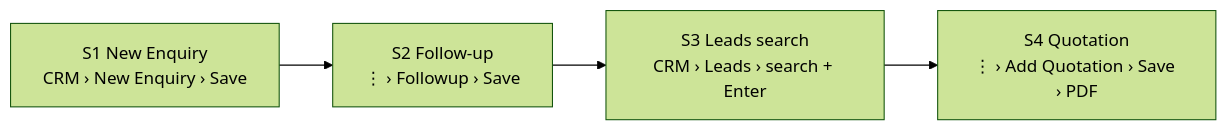
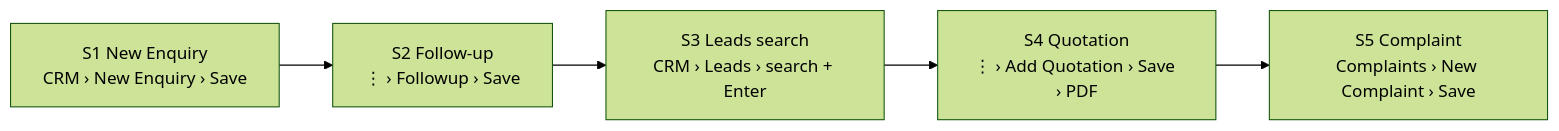
Before and after one commit to vismayatk/Progbiz-erp-testers: the second of 2 diagrams in mobile/docs/TEST-FLOW.md, drawn with Mermaid (forest theme). The commit also changed other lines of this file and 6 other files, not shown here.

First line of the commit message:
Add complaint creation flow (S5) to the mobile emulator tests

````diff
--- a/mobile/docs/TEST-FLOW.md
+++ b/mobile/docs/TEST-FLOW.md
@@ -37,4 +37,4 @@
 ```mermaid
 flowchart LR
-    S1["S1 New Enquiry<br/>CRM › New Enquiry › Save"] --> S2["S2 Follow-up<br/>⋮ › Followup › Save"] --> S3["S3 Leads search<br/>CRM › Leads › search + Enter"] --> S4["S4 Quotation<br/>⋮ › Add Quotation › Save › PDF"]
+    S1["S1 New Enquiry<br/>CRM › New Enquiry › Save"] --> S2["S2 Follow-up<br/>⋮ › Followup › Save"] --> S3["S3 Leads search<br/>CRM › Leads › search + Enter"] --> S4["S4 Quotation<br/>⋮ › Add Quotation › Save › PDF"] --> S5["S5 Complaint<br/>Complaints › New Complaint › Save"]
 ```
````
